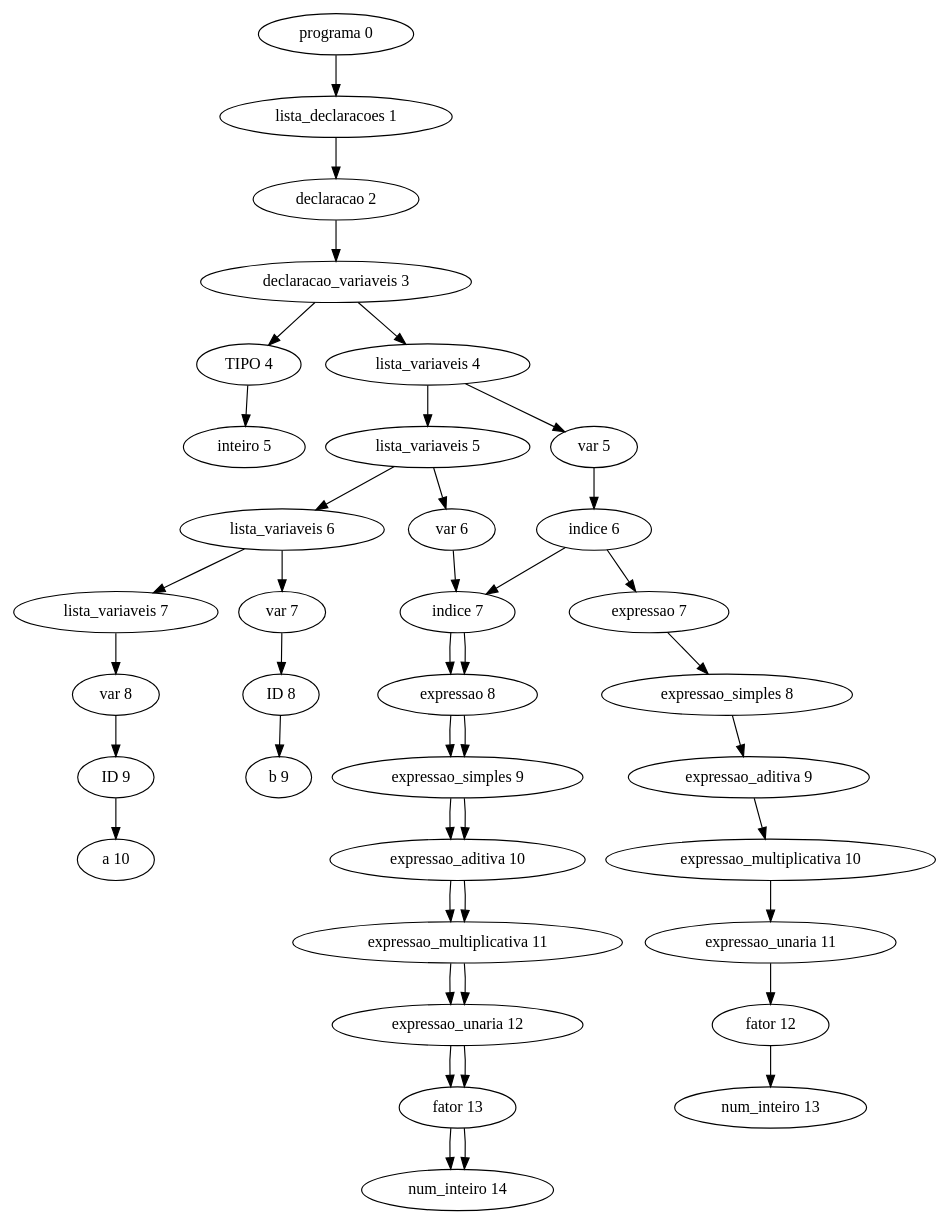
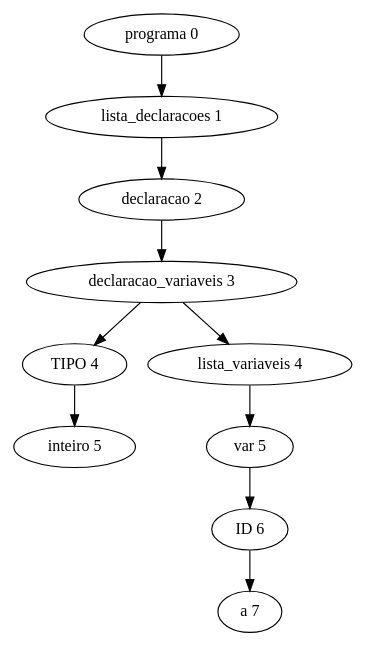
One commit to HenriqueRicardoFigueira/compila changed the diagram in compilador/Saidas/c.tpp.gv. Above: the diagram before and after it, drawn with Graphviz. The commit also changed 7 other files, not shown here.

```diff
--- a/compilador/Saidas/c.tpp.gv
+++ b/compilador/Saidas/c.tpp.gv
@@ -1,43 +1,11 @@
 digraph G {
 	"programa 0 " -> "lista_declaracoes 1 "
 	"lista_declaracoes 1 " -> "declaracao 2 "
 	"declaracao 2 " -> "declaracao_variaveis 3 "
 	"declaracao_variaveis 3 " -> "TIPO 4 "
 	"TIPO 4 " -> "inteiro 5 "
 	"declaracao_variaveis 3 " -> "lista_variaveis 4 "
-	"lista_variaveis 4 " -> "lista_variaveis 5 "
-	"lista_variaveis 5 " -> "lista_variaveis 6 "
-	"lista_variaveis 6 " -> "lista_variaveis 7 "
-	"lista_variaveis 7 " -> "var 8 "
-	"var 8 " -> "ID 9 "
-	"ID 9 " -> "a 10 "
-	"lista_variaveis 6 " -> "var 7 "
-	"var 7 " -> "ID 8 "
-	"ID 8 " -> "b 9 "
-	"lista_variaveis 5 " -> "var 6 "
-	"var 6 " -> "indice 7 "
-	"indice 7 " -> "expressao 8 "
-	"expressao 8 " -> "expressao_simples 9 "
-	"expressao_simples 9 " -> "expressao_aditiva 10 "
-	"expressao_aditiva 10 " -> "expressao_multiplicativa 11 "
-	"expressao_multiplicativa 11 " -> "expressao_unaria 12 "
-	"expressao_unaria 12 " -> "fator 13 "
-	"fator 13 " -> "num_inteiro 14 "
 	"lista_variaveis 4 " -> "var 5 "
-	"var 5 " -> "indice 6 "
-	"indice 6 " -> "indice 7 "
-	"indice 7 " -> "expressao 8 "
-	"expressao 8 " -> "expressao_simples 9 "
-	"expressao_simples 9 " -> "expressao_aditiva 10 "
-	"expressao_aditiva 10 " -> "expressao_multiplicativa 11 "
-	"expressao_multiplicativa 11 " -> "expressao_unaria 12 "
-	"expressao_unaria 12 " -> "fator 13 "
-	"fator 13 " -> "num_inteiro 14 "
-	"indice 6 " -> "expressao 7 "
-	"expressao 7 " -> "expressao_simples 8 "
-	"expressao_simples 8 " -> "expressao_aditiva 9 "
-	"expressao_aditiva 9 " -> "expressao_multiplicativa 10 "
-	"expressao_multiplicativa 10 " -> "expressao_unaria 11 "
-	"expressao_unaria 11 " -> "fator 12 "
-	"fator 12 " -> "num_inteiro 13 "
+	"var 5 " -> "ID 6 "
+	"ID 6 " -> "a 7 "
 }
```
